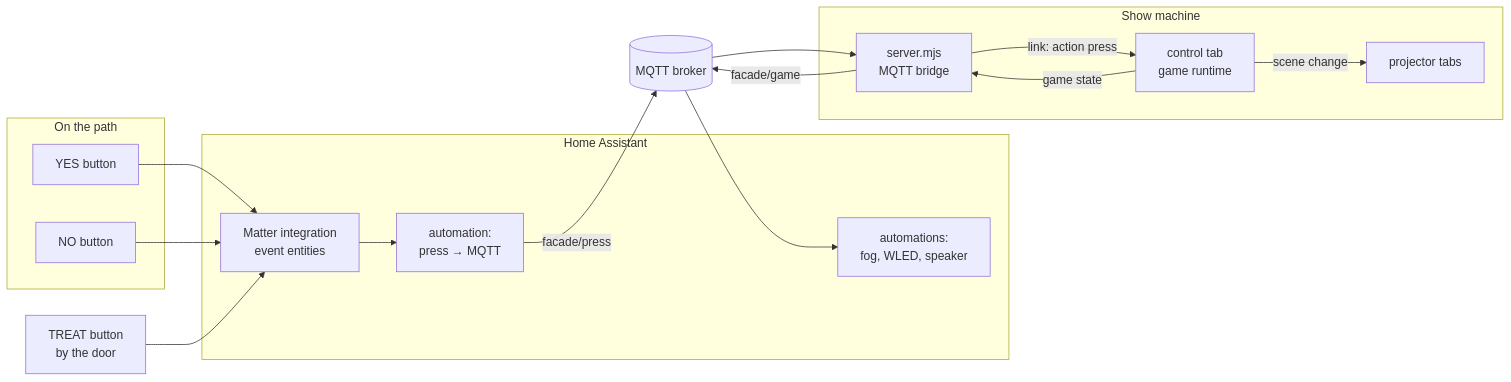
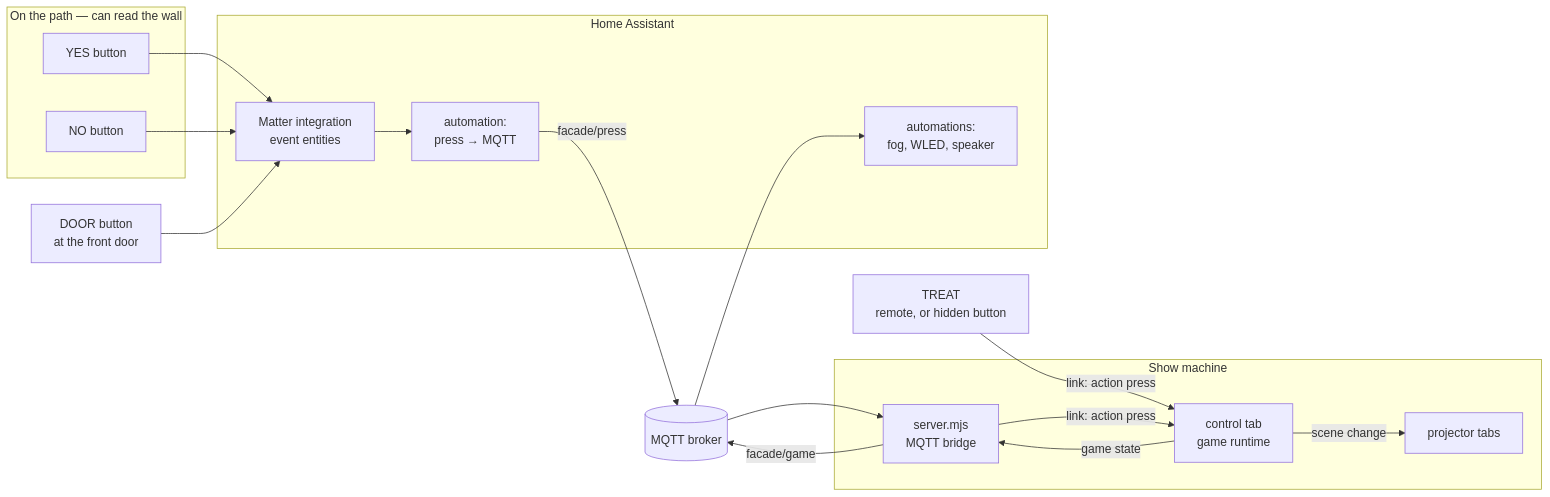
The first of 4 diagrams in docs/button-game.md (paperclipmonkey/facade-mapper), drawn with Mermaid before and after one commit. The commit also changed other lines of this file and 17 other files, not shown here.

First line of the commit message:
Dare game: state machine, tests, live diagram, Game panel and remote tab

````diff
--- a/docs/button-game.md
+++ b/docs/button-game.md
@@ -31,23 +64,25 @@
 ```mermaid
 flowchart LR
-  subgraph path[On the path]
+  subgraph path[On the path — can read the wall]
     Y[YES button]
     N[NO button]
   end
-  T[TREAT button<br/>by the door]
+  D[DOOR button<br/>at the front door]
+  T[TREAT<br/>remote, or hidden button]
   subgraph ha[Home Assistant]
     M[Matter integration<br/>event entities]
     A[automation:<br/>press → MQTT]
     H[automations:<br/>fog, WLED, speaker]
   end
   B[(MQTT broker)]
   subgraph show[Show machine]
     S[server.mjs<br/>MQTT bridge]
     C[control tab<br/>game runtime]
     P[projector tabs]
   end
 
-  Y & N & T --> M --> A -->|facade/press| B --> S -->|link: action press| C
+  Y & N & D --> M --> A -->|facade/press| B --> S -->|link: action press| C
+  T -->|link: action press| C
   C -->|scene change| P
   C -->|game state| S -->|facade/game| B --> H
 ```
````
